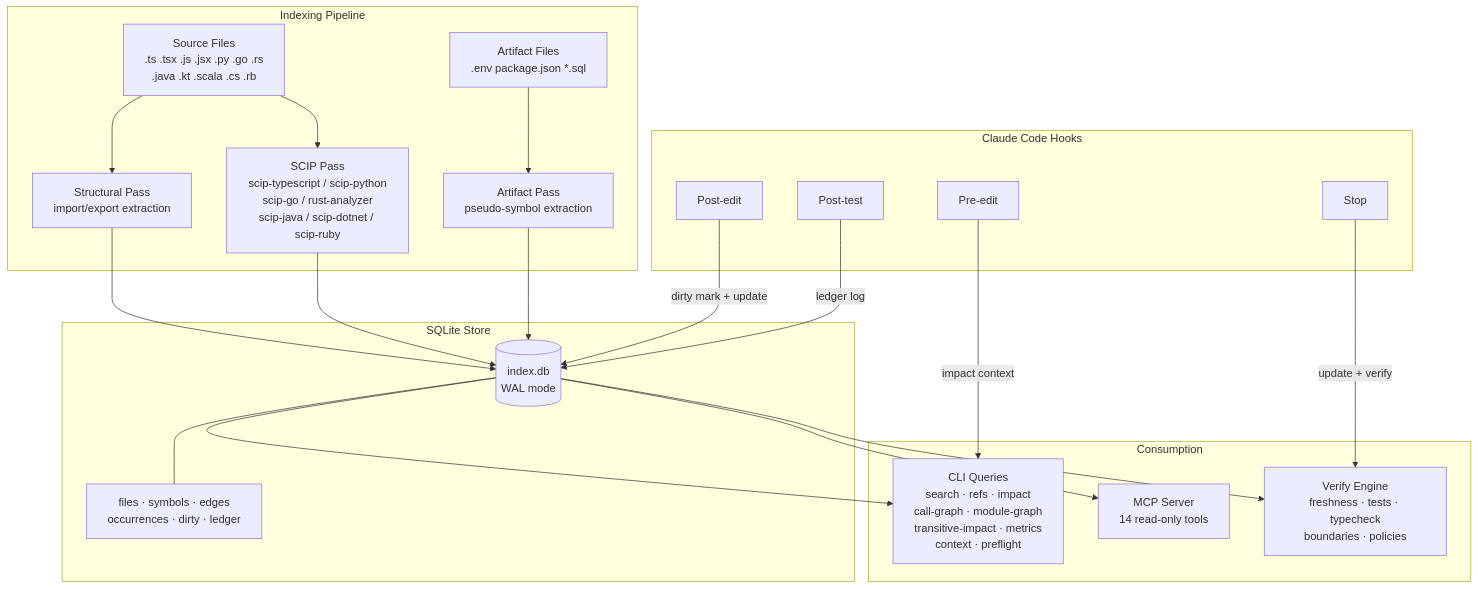
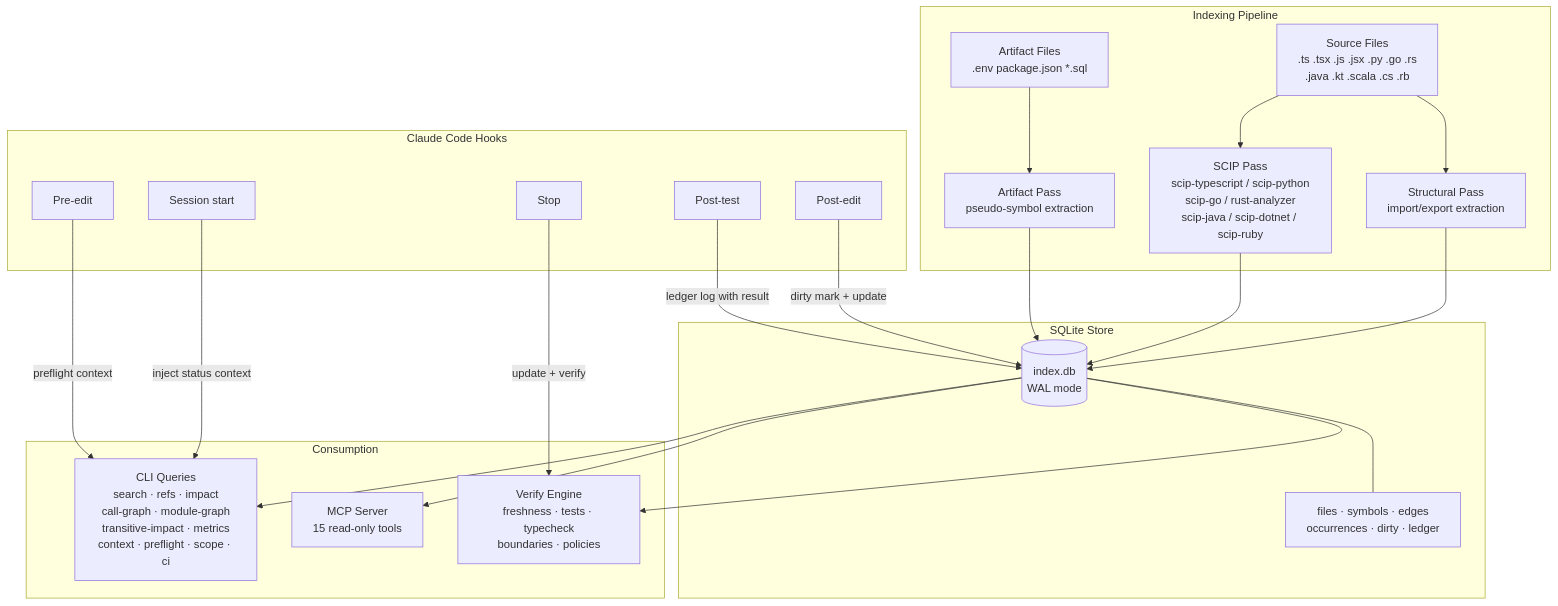
The diagram in README.md (simonrueba/repograph), drawn with Mermaid before and after one commit. The commit also changed other lines of this file and 4 other files, not shown here.

First line of the commit message:
docs: update README for scope, hooks, 15 MCP tools, 701 tests

````diff
--- a/README.md
+++ b/README.md
@@ -303,28 +307,29 @@
 ```mermaid
 graph TD
     subgraph Indexing Pipeline
         A[Source Files<br>.ts .tsx .js .jsx .py .go .rs<br>.java .kt .scala .cs .rb] --> B[Structural Pass<br>import/export extraction]
         A --> C[SCIP Pass<br>scip-typescript / scip-python<br>scip-go / rust-analyzer<br>scip-java / scip-dotnet / scip-ruby]
         D[Artifact Files<br>.env package.json *.sql] --> E[Artifact Pass<br>pseudo-symbol extraction]
     end
 
     subgraph SQLite Store
         B --> F[(index.db<br>WAL mode)]
         C --> F
         E --> F
         F --- G[files · symbols · edges<br>occurrences · dirty · ledger]
     end
 
     subgraph Consumption
-        F --> H[CLI Queries<br>search · refs · impact<br>call-graph · module-graph<br>transitive-impact · metrics<br>context · preflight]
-        F --> I[MCP Server<br>14 read-only tools]
+        F --> H[CLI Queries<br>search · refs · impact<br>call-graph · module-graph<br>transitive-impact · metrics<br>context · preflight · scope · ci]
+        F --> I[MCP Server<br>15 read-only tools]
         F --> J[Verify Engine<br>freshness · tests · typecheck<br>boundaries · policies]
     end
 
     subgraph Claude Code Hooks
-        K[Pre-edit] -->|impact context| H
+        O[Session start] -->|inject status context| H
+        K[Pre-edit] -->|preflight context| H
         L[Post-edit] -->|dirty mark + update| F
-        M[Post-test] -->|ledger log| F
+        M[Post-test] -->|ledger log with result| F
         N[Stop] -->|update + verify| J
     end
 ```
````
